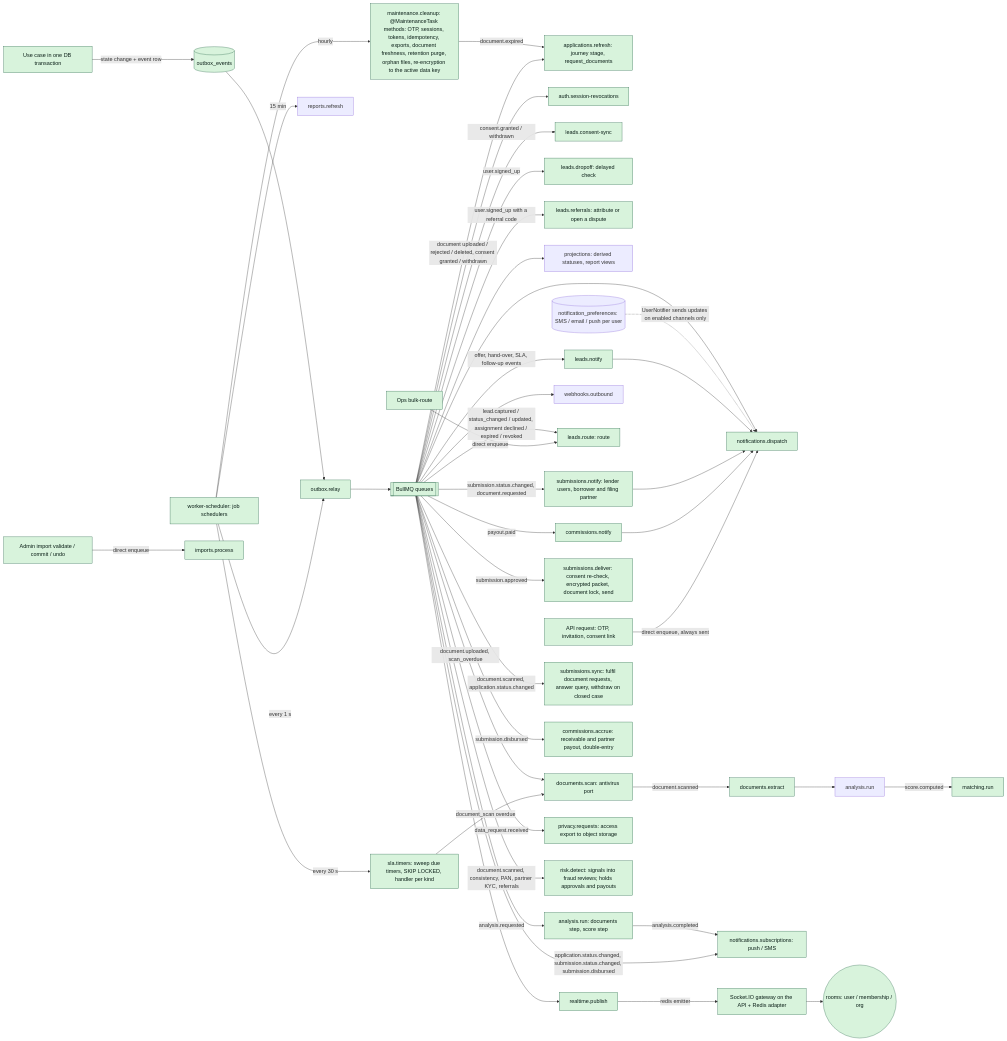
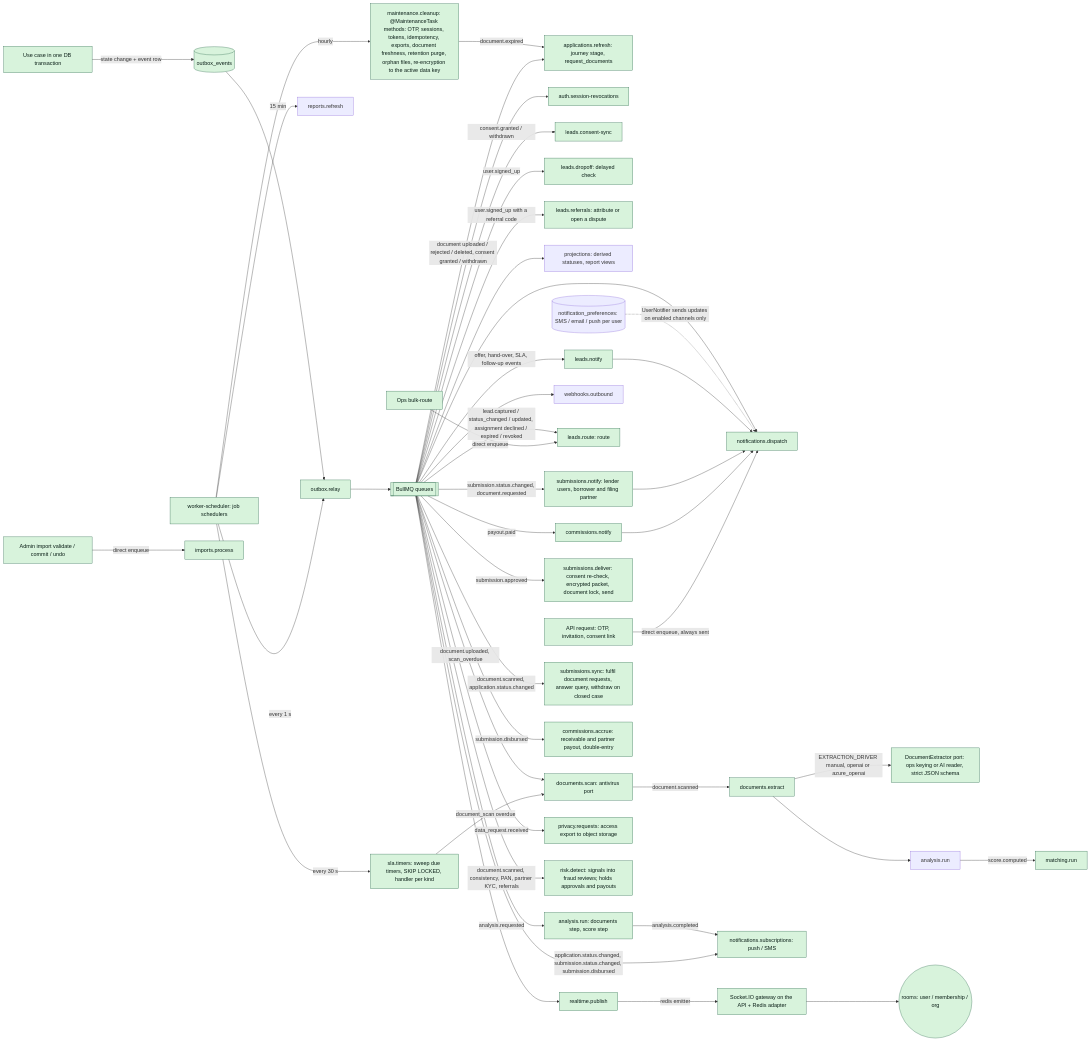
Before and after one commit to Shaikhfaruk/fundenflo: diagram 16 of 16 in docs/ARCHITECTURE.md, drawn with Mermaid. The commit also changed other lines of this file and 21 other files, not shown here.

First line of the commit message:
W2 backend: AI document reader, default scoring models and tips

````diff
--- a/docs/ARCHITECTURE.md
+++ b/docs/ARCHITECTURE.md
@@ -546,45 +546,46 @@
 ```mermaid
 flowchart LR
   UC[Use case in one DB transaction] -->|state change + event row| OB[(outbox_events)]
   OB --> RELAY[outbox.relay]
   SCHED[worker-scheduler: job schedulers] -->|every 1 s| RELAY
   SCHED -->|hourly| MAINT[maintenance.cleanup: @MaintenanceTask methods: OTP, sessions, tokens, idempotency, exports, document freshness, retention purge, orphan files, re-encryption to the active data key]
   MAINT -->|document.expired| APPREF
   RELAY --> Q[[BullMQ queues]]
   Q --> REVOKE[auth.session-revocations]
   Q -->|consent.granted / withdrawn| CSYNC[leads.consent-sync]
   Q -->|user.signed_up| DROPQ[leads.dropoff: delayed check]
   Q -->|user.signed_up with a referral code| REFQ[leads.referrals: attribute or open a dispute]
   Q --> PROJ[projections: derived statuses, report views]
   Q --> NOTIF[notifications.dispatch]
   PREFS[(notification_preferences: SMS / email / push per user)] -.->|UserNotifier sends updates on enabled channels only| NOTIF
   Q -->|offer, hand-over, SLA, follow-up events| LNOTIFY[leads.notify] --> NOTIF
   Q --> RTP[realtime.publish]
   Q --> WHO[webhooks.outbound]
   SCHED -->|every 30 s| SLAQ[sla.timers: sweep due timers, SKIP LOCKED, handler per kind]
   Q -->|lead.captured / status_changed / updated, assignment declined / expired / revoked| ROUTEQ[leads.route: route]
   OPSR[Ops bulk-route] -->|direct enqueue| ROUTEQ
   Q -->|document.uploaded, scan_overdue| SCANQ[documents.scan: antivirus port]
   SCANQ -->|document.scanned| DOCQ[documents.extract]
+  DOCQ -->|EXTRACTION_DRIVER manual, openai or azure_openai| EXTP[DocumentExtractor port: ops keying or AI reader, strict JSON schema]
   Q -->|analysis.requested| ANALYSE[analysis.run: documents step, score step]
   ANALYSE -->|analysis.completed| SUBQ2[notifications.subscriptions: push / SMS]
   Q -->|application.status.changed, submission.status.changed, submission.disbursed| SUBQ2
   SLAQ -->|document_scan overdue| SCANQ
   Q -->|document uploaded / rejected / deleted, consent granted / withdrawn| APPREF[applications.refresh: journey stage, request_documents]
   DOCQ --> ANQ[analysis.run]
   ANQ -->|score.computed| MQ2[matching.run]
   Q -->|submission.approved| SUBQ[submissions.deliver: consent re-check, encrypted packet, document lock, send]
   Q -->|submission.status.changed, document.requested| SNOTIFY[submissions.notify: lender users, borrower and filing partner] --> NOTIF
   Q -->|document.scanned, application.status.changed| SSYNC[submissions.sync: fulfil document requests, answer query, withdraw on closed case]
   Q -->|submission.disbursed| COMQ[commissions.accrue: receivable and partner payout, double-entry]
   Q -->|payout.paid| CNOTIFY[commissions.notify] --> NOTIF
   Q -->|data_request.received| PRIVQ[privacy.requests: access export to object storage]
   Q -->|document.scanned, consistency, PAN, partner KYC, referrals| RISKQ[risk.detect: signals into fraud reviews; holds approvals and payouts]
   RTP -->|redis emitter| GW[Socket.IO gateway on the API + Redis adapter]
   GW --> ROOMS((rooms: user / membership / org))
   IMPAPI[Admin import validate / commit / undo] -->|direct enqueue| IMPQ[imports.process]
   SCHED -->|15 min| REP[reports.refresh]
   API[API request: OTP, invitation, consent link] -->|direct enqueue, always sent| NOTIF
   classDef built fill:#d8f3dc,stroke:#2d6a4f,color:#081c15
-  class UC,OB,RELAY,SCHED,MAINT,Q,REVOKE,CSYNC,DROPQ,NOTIF,API,IMPAPI,IMPQ,ROUTEQ,OPSR,SLAQ,LNOTIFY,RTP,GW,ROOMS,SCANQ,APPREF,ANALYSE,SUBQ2,DOCQ,MQ2,SUBQ,SNOTIFY,SSYNC,REFQ,COMQ,CNOTIFY,RISKQ,PRIVQ built
+  class UC,OB,RELAY,SCHED,MAINT,Q,REVOKE,CSYNC,DROPQ,NOTIF,API,IMPAPI,IMPQ,ROUTEQ,OPSR,SLAQ,LNOTIFY,RTP,GW,ROOMS,SCANQ,APPREF,ANALYSE,SUBQ2,DOCQ,EXTP,MQ2,SUBQ,SNOTIFY,SSYNC,REFQ,COMQ,CNOTIFY,RISKQ,PRIVQ built
 ```
````
